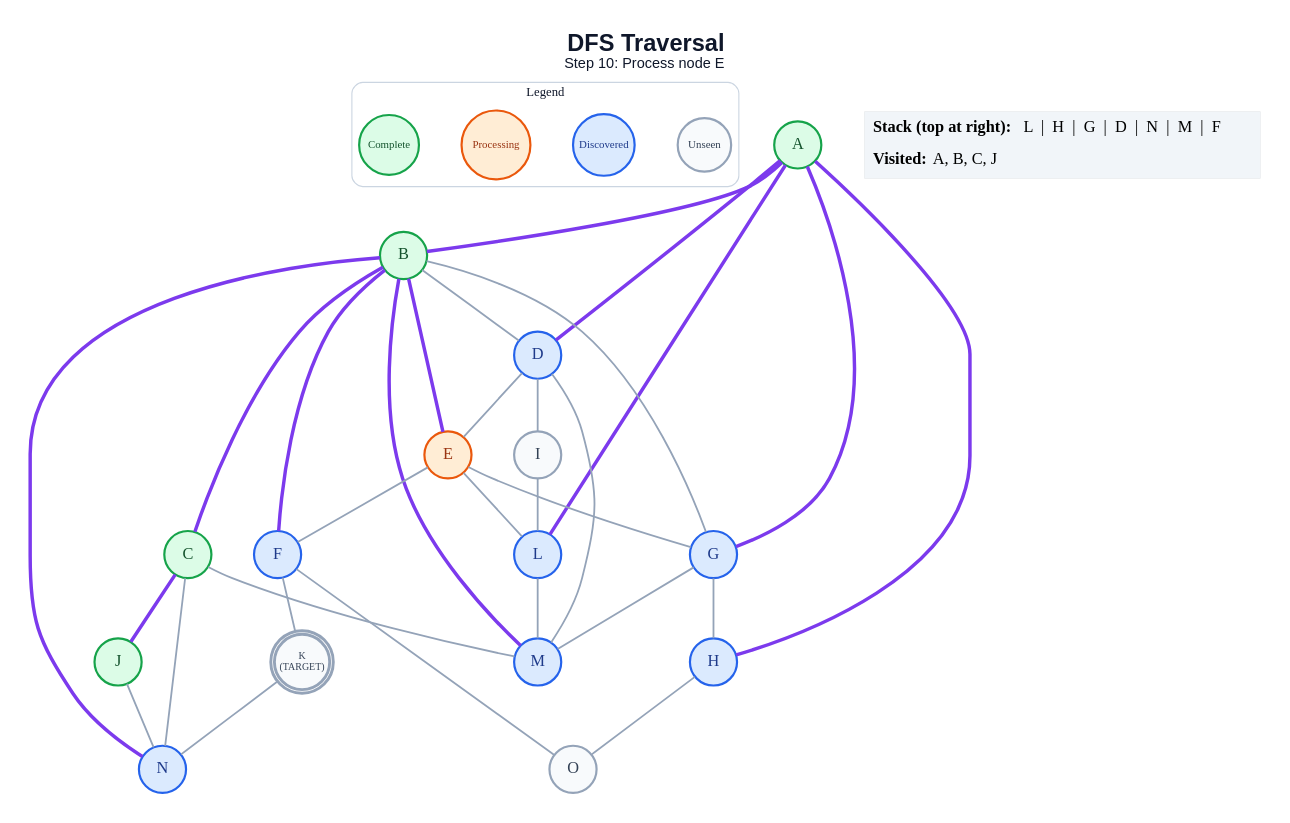
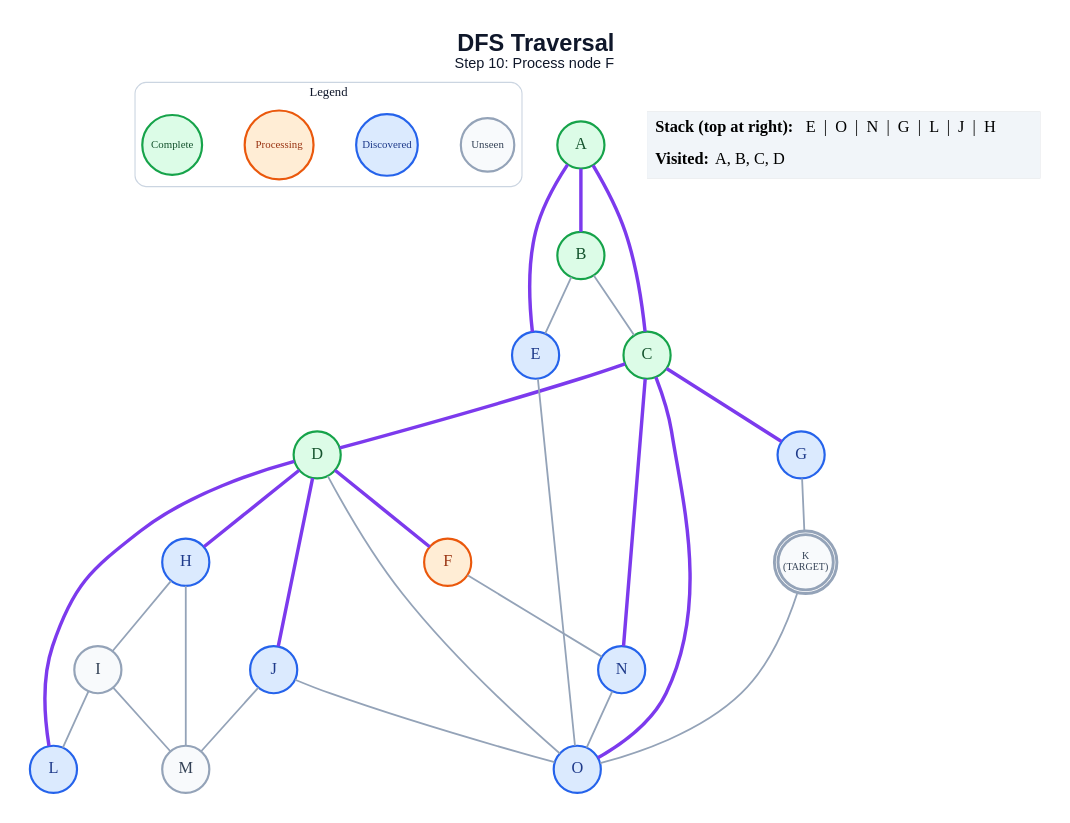
Before and after one commit to anon7238593-create/ai-slop: the diagram in generated/short-circuit/dfs/step_10.dot, drawn with Graphviz. The commit also changed 335 other files, not shown here.

```diff
--- a/generated/short-circuit/dfs/step_10.dot
+++ b/generated/short-circuit/dfs/step_10.dot
@@ -1,64 +1,59 @@
 graph traversal {
   graph [layout=dot, rankdir=TB, bgcolor="#FFFFFF", pad="0.35", nodesep="0.65", ranksep="0.8", fontname="Arial"];
   node [shape=circle, style="filled", fontname="Arial Bold", fontsize=18, width=0.72, fixedsize=true, penwidth=2.4];
   edge [color="#94A3B8", penwidth=2.0];
-  label=<<B>DFS Traversal</B><BR/><FONT POINT-SIZE="16">Step 10: Process node E</FONT>>; labelloc="t"; fontsize=26; fontname="Arial"; fontcolor="#0F172A";
+  label=<<B>DFS Traversal</B><BR/><FONT POINT-SIZE="16">Step 10: Process node F</FONT>>; labelloc="t"; fontsize=26; fontname="Arial"; fontcolor="#0F172A";
   subgraph cluster_legend { label="Legend"; color="#CBD5E1"; penwidth=1.2; style="rounded"; fontsize=14; fontname="Arial Bold";
     key_unseen [label="Unseen", fillcolor="#F8FAFC", color="#94A3B8", fontcolor="#334155", fontsize=12, width=0.82];
     key_frontier [label="Discovered", fillcolor="#DBEAFE", color="#2563EB", fontcolor="#1E3A8A", fontsize=12, width=0.95];
     key_current [label="Processing", fillcolor="#FFEDD5", color="#EA580C", fontcolor="#9A3412", fontsize=12, width=1.05];
     key_done [label="Complete", fillcolor="#DCFCE7", color="#16A34A", fontcolor="#14532D", fontsize=12, width=0.92];
     { rank=same; key_unseen; key_frontier; key_current; key_done; }
   }
   A [label="A", fillcolor="#DCFCE7", color="#16A34A", fontcolor="#14532D", peripheries=1, penwidth=2.4];
   B [label="B", fillcolor="#DCFCE7", color="#16A34A", fontcolor="#14532D", peripheries=1, penwidth=2.4];
   C [label="C", fillcolor="#DCFCE7", color="#16A34A", fontcolor="#14532D", peripheries=1, penwidth=2.4];
-  D [label="D", fillcolor="#DBEAFE", color="#2563EB", fontcolor="#1E3A8A", peripheries=1, penwidth=2.4];
-  E [label="E", fillcolor="#FFEDD5", color="#EA580C", fontcolor="#9A3412", peripheries=1, penwidth=2.4];
-  F [label="F", fillcolor="#DBEAFE", color="#2563EB", fontcolor="#1E3A8A", peripheries=1, penwidth=2.4];
+  D [label="D", fillcolor="#DCFCE7", color="#16A34A", fontcolor="#14532D", peripheries=1, penwidth=2.4];
+  E [label="E", fillcolor="#DBEAFE", color="#2563EB", fontcolor="#1E3A8A", peripheries=1, penwidth=2.4];
+  F [label="F", fillcolor="#FFEDD5", color="#EA580C", fontcolor="#9A3412", peripheries=1, penwidth=2.4];
   G [label="G", fillcolor="#DBEAFE", color="#2563EB", fontcolor="#1E3A8A", peripheries=1, penwidth=2.4];
   H [label="H", fillcolor="#DBEAFE", color="#2563EB", fontcolor="#1E3A8A", peripheries=1, penwidth=2.4];
   I [label="I", fillcolor="#F8FAFC", color="#94A3B8", fontcolor="#334155", peripheries=1, penwidth=2.4];
-  J [label="J", fillcolor="#DCFCE7", color="#16A34A", fontcolor="#14532D", peripheries=1, penwidth=2.4];
+  J [label="J", fillcolor="#DBEAFE", color="#2563EB", fontcolor="#1E3A8A", peripheries=1, penwidth=2.4];
   K [label="K\n(TARGET)", fillcolor="#F8FAFC", color="#94A3B8", fontcolor="#334155", peripheries=2, penwidth=3.2, fontsize=11, width=0.85, height=0.85];
   L [label="L", fillcolor="#DBEAFE", color="#2563EB", fontcolor="#1E3A8A", peripheries=1, penwidth=2.4];
-  M [label="M", fillcolor="#DBEAFE", color="#2563EB", fontcolor="#1E3A8A", peripheries=1, penwidth=2.4];
+  M [label="M", fillcolor="#F8FAFC", color="#94A3B8", fontcolor="#334155", peripheries=1, penwidth=2.4];
   N [label="N", fillcolor="#DBEAFE", color="#2563EB", fontcolor="#1E3A8A", peripheries=1, penwidth=2.4];
-  O [label="O", fillcolor="#F8FAFC", color="#94A3B8", fontcolor="#334155", peripheries=1, penwidth=2.4];
+  O [label="O", fillcolor="#DBEAFE", color="#2563EB", fontcolor="#1E3A8A", peripheries=1, penwidth=2.4];
   A -- B [color="#7C3AED", penwidth=3.8];
-  A -- D [color="#7C3AED", penwidth=3.8];
-  A -- G [color="#7C3AED", penwidth=3.8];
-  A -- H [color="#7C3AED", penwidth=3.8];
-  A -- L [color="#7C3AED", penwidth=3.8];
-  B -- C [color="#7C3AED", penwidth=3.8];
-  B -- D;
-  B -- E [color="#7C3AED", penwidth=3.8];
-  B -- F [color="#7C3AED", penwidth=3.8];
-  B -- G;
-  B -- M [color="#7C3AED", penwidth=3.8];
-  B -- N [color="#7C3AED", penwidth=3.8];
-  C -- J [color="#7C3AED", penwidth=3.8];
-  C -- M;
-  C -- N;
-  D -- E;
-  D -- I;
-  D -- M;
-  E -- F;
-  E -- G;
-  E -- L;
-  F -- K;
-  F -- O;
-  G -- H;
-  G -- M;
-  H -- O;
+  A -- C [color="#7C3AED", penwidth=3.8];
+  A -- E [color="#7C3AED", penwidth=3.8];
+  B -- C;
+  B -- E;
+  C -- D [color="#7C3AED", penwidth=3.8];
+  C -- G [color="#7C3AED", penwidth=3.8];
+  C -- N [color="#7C3AED", penwidth=3.8];
+  C -- O [color="#7C3AED", penwidth=3.8];
+  D -- F [color="#7C3AED", penwidth=3.8];
+  D -- H [color="#7C3AED", penwidth=3.8];
+  D -- J [color="#7C3AED", penwidth=3.8];
+  D -- L [color="#7C3AED", penwidth=3.8];
+  D -- O;
+  E -- O;
+  F -- N;
+  G -- K;
+  H -- I;
+  H -- M;
   I -- L;
-  J -- N;
-  K -- N;
-  L -- M;
+  I -- M;
+  J -- M;
+  J -- O;
+  K -- O;
+  N -- O;
   status [shape=plain, fixedsize=false, width=0, height=0, margin=0, label=<
     <TABLE BORDER="0" CELLBORDER="0" CELLPADDING="7" BGCOLOR="#F1F5F9">
-      <TR><TD ALIGN="LEFT"><B>Stack (top at right):</B> L  |  H  |  G  |  D  |  N  |  M  |  F</TD></TR>
-      <TR><TD ALIGN="LEFT"><B>Visited:</B> A, B, C, J</TD></TR>
+      <TR><TD ALIGN="LEFT"><B>Stack (top at right):</B> E  |  O  |  N  |  G  |  L  |  J  |  H</TD></TR>
+      <TR><TD ALIGN="LEFT"><B>Visited:</B> A, B, C, D</TD></TR>
     </TABLE>
   >];
 }
```
